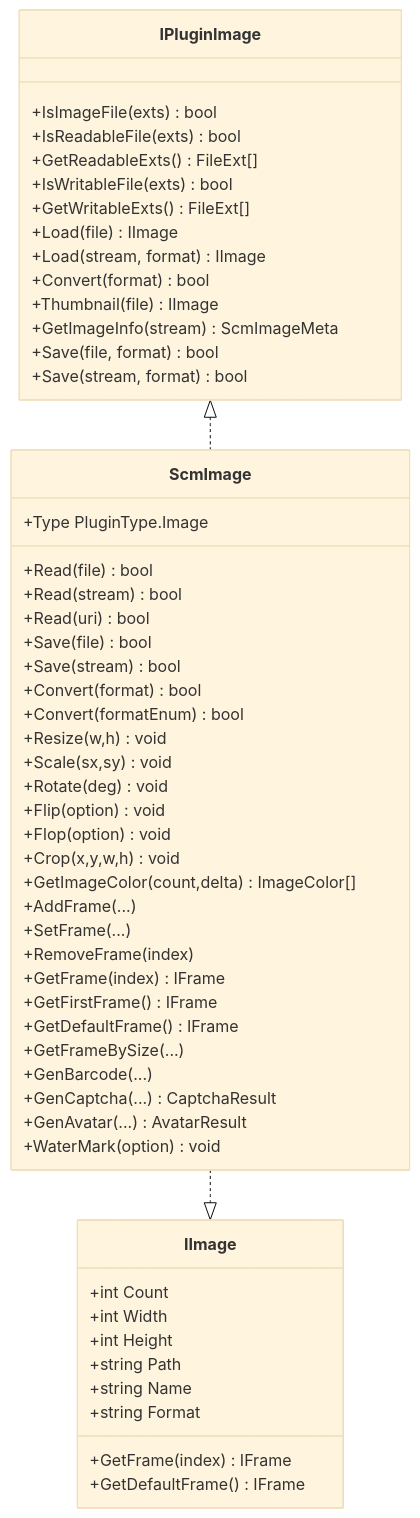
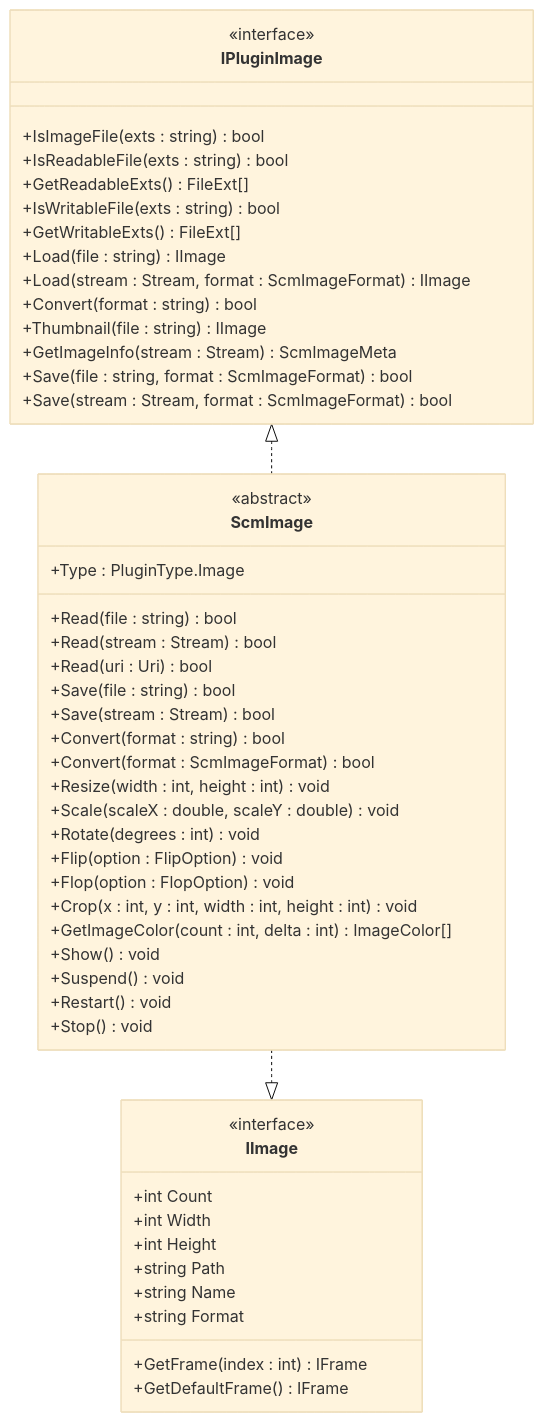
One commit to leadiot/Scm.Net changed the fourth of 6 diagrams in .qoder/repowiki/zh/content/插件扩展系统/插件扩展系统.md. Above: the diagram before and after it, drawn with Mermaid (base theme). The commit also changed other lines of this file and 126 other files, not shown here.

````diff
--- a/.qoder/repowiki/zh/content/插件扩展系统/插件扩展系统.md
+++ b/.qoder/repowiki/zh/content/插件扩展系统/插件扩展系统.md
@@ -230,57 +196,53 @@
 ```mermaid
 classDiagram
 class IPluginImage {
-+IsImageFile(exts) bool
-+IsReadableFile(exts) bool
+<<interface>>
++IsImageFile(exts : string) bool
++IsReadableFile(exts : string) bool
 +GetReadableExts() FileExt[]
-+IsWritableFile(exts) bool
++IsWritableFile(exts : string) bool
 +GetWritableExts() FileExt[]
-+Load(file) IImage
-+Load(stream, format) IImage
-+Convert(format) bool
-+Thumbnail(file) IImage
-+GetImageInfo(stream) ScmImageMeta
-+Save(file, format) bool
-+Save(stream, format) bool
++Load(file : string) IImage
++Load(stream : Stream, format : ScmImageFormat) IImage
++Convert(format : string) bool
++Thumbnail(file : string) IImage
++GetImageInfo(stream : Stream) ScmImageMeta
++Save(file : string, format : ScmImageFormat) bool
++Save(stream : Stream, format : ScmImageFormat) bool
 }
 class IImage {
+<<interface>>
 +int Count
-+GetFrame(index) IFrame
-+GetDefaultFrame() IFrame
 +int Width
 +int Height
 +string Path
 +string Name
 +string Format
++GetFrame(index : int) IFrame
++GetDefaultFrame() IFrame
 }
 class ScmImage {
-+Type PluginType.Image
-+Read(file) bool
-+Read(stream) bool
-+Read(uri) bool
-+Save(file) bool
-+Save(stream) bool
-+Convert(format) bool
-+Convert(formatEnum) bool
-+Resize(w,h) void
-+Scale(sx,sy) void
-+Rotate(deg) void
-+Flip(option) void
-+Flop(option) void
-+Crop(x,y,w,h) void
-+GetImageColor(count,delta) ImageColor[]
-+AddFrame(...)
-+SetFrame(...)
-+RemoveFrame(index)
-+GetFrame(index) IFrame
-+GetFirstFrame() IFrame
-+GetDefaultFrame() IFrame
-+GetFrameBySize(...)
-+GenBarcode(...)
-+GenCaptcha(...) CaptchaResult
-+GenAvatar(...) AvatarResult
-+WaterMark(option) void
+<<abstract>>
++Type : PluginType.Image
++Read(file : string) bool
++Read(stream : Stream) bool
++Read(uri : Uri) bool
++Save(file : string) bool
++Save(stream : Stream) bool
++Convert(format : string) bool
++Convert(format : ScmImageFormat) bool
++Resize(width : int, height : int) void
++Scale(scaleX : double, scaleY : double) void
++Rotate(degrees : int) void
++Flip(option : FlipOption) void
++Flop(option : FlopOption) void
++Crop(x : int, y : int, width : int, height : int) void
++GetImageColor(count : int, delta : int) ImageColor[]
++Show() void
++Suspend() void
++Restart() void
++Stop() void
 }
 IPluginImage <|.. ScmImage
 ScmImage ..|> IImage
 ```
````
